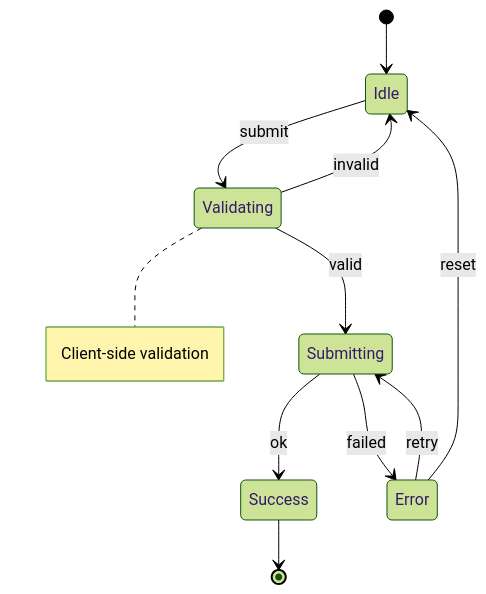
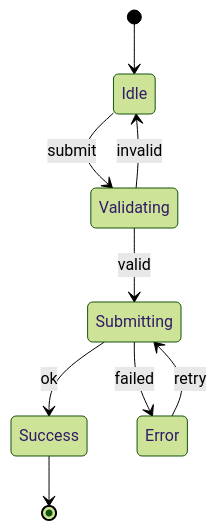
Before and after one commit to jjeremycai/claudekit: the diagram in skills/state-diagram/SKILL.md, drawn with Mermaid (forest theme). The commit also changed other lines of this file and 1 other file, not shown here.

First line of the commit message:
refactor: simplify state-diagram skill with format options

````diff
--- a/skills/state-diagram/SKILL.md
+++ b/skills/state-diagram/SKILL.md
@@ -123,18 +92,11 @@
 ```mermaid
 stateDiagram-v2
     [*] --> Idle
-
     Idle --> Validating : submit
-    note right of Validating : Client-side validation
-
     Validating --> Idle : invalid
     Validating --> Submitting : valid
-
     Submitting --> Success : ok
     Submitting --> Error : failed
-
     Error --> Submitting : retry
-    Error --> Idle : reset
-
     Success --> [*]
 ```
````
